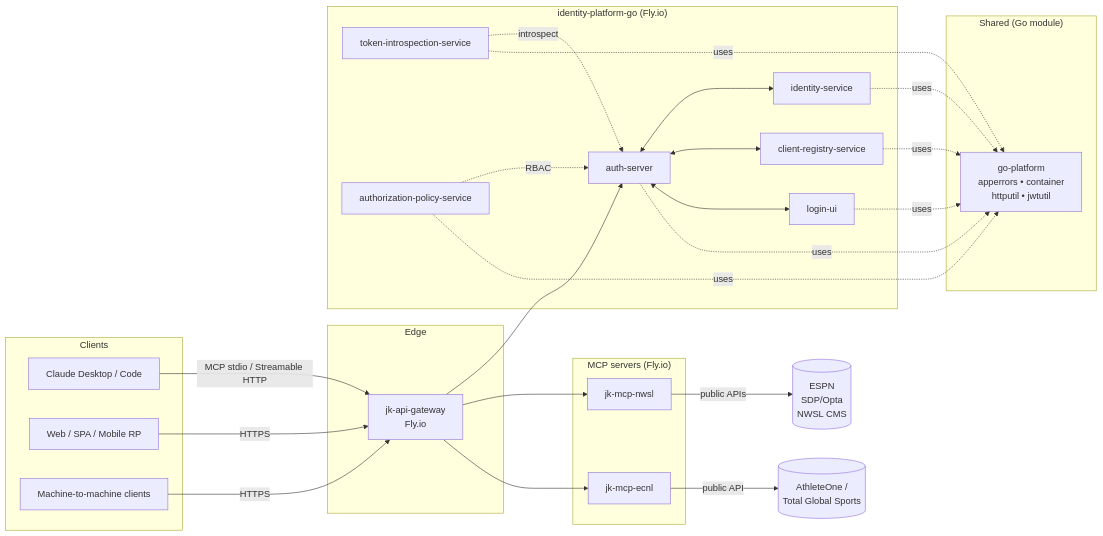
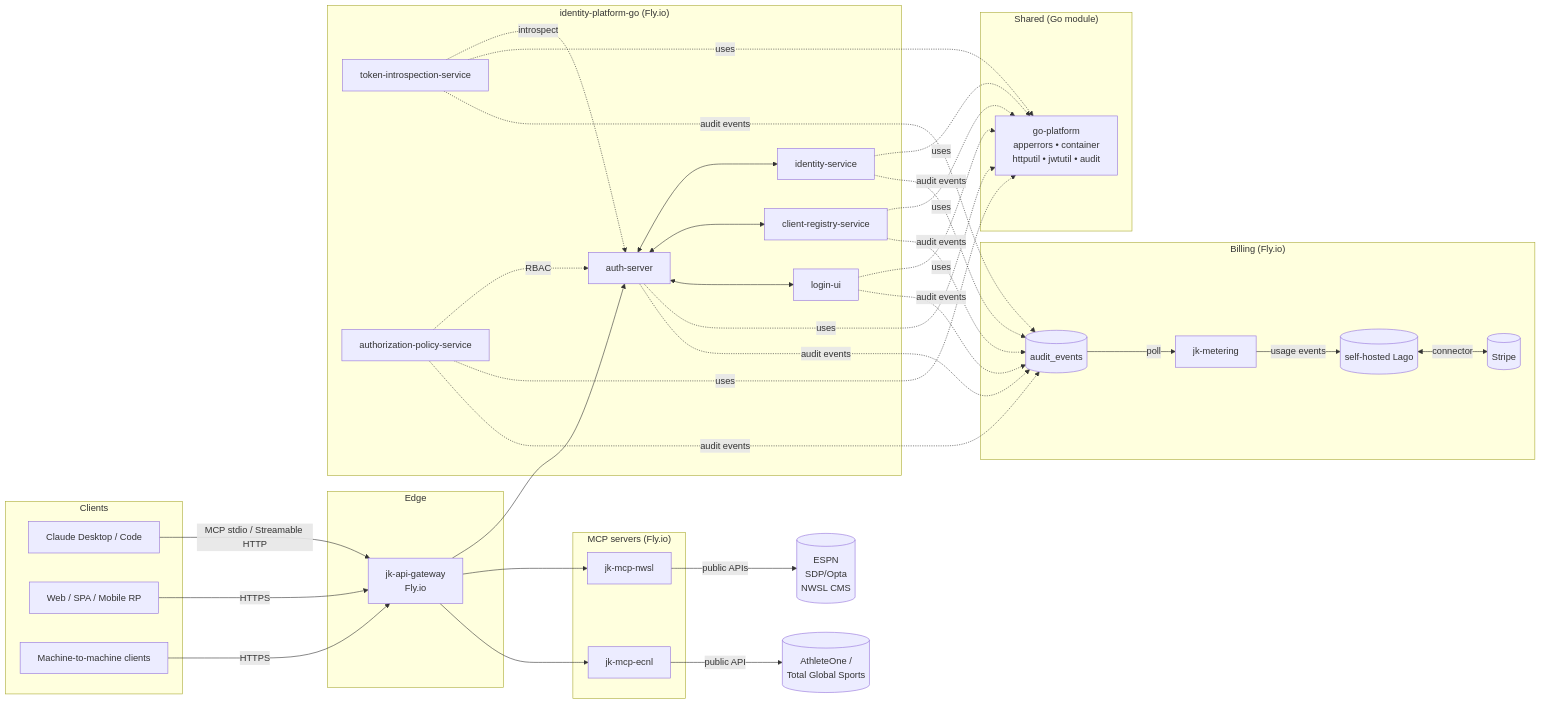
The diagram in README.md (jedi-knights/architecture), drawn with Mermaid before and after one commit. The commit also changed other lines of this file and 3 other files, not shown here.

First line of the commit message:
docs: add jk-metering architecture page

````diff
--- a/README.md
+++ b/README.md
@@ -20,54 +21,71 @@
 ```mermaid
 graph LR
     subgraph Clients
         Claude[Claude Desktop / Code]
         Web[Web / SPA / Mobile RP]
         M2M[Machine-to-machine clients]
     end
 
     subgraph Edge
         Gateway[jk-api-gateway<br/>Fly.io]
     end
 
     subgraph Identity["identity-platform-go (Fly.io)"]
         AS[auth-server]
         IS[identity-service]
         CRS[client-registry-service]
         TIS[token-introspection-service]
         APS[authorization-policy-service]
         LUI[login-ui]
     end
 
     subgraph MCP["MCP servers (Fly.io)"]
         NWSL[jk-mcp-nwsl]
         ECNL[jk-mcp-ecnl]
     end
 
+    subgraph Billing["Billing (Fly.io)"]
+        Audit[(audit_events)]
+        Meter[jk-metering]
+        Lago[(self-hosted Lago)]
+        Stripe[(Stripe)]
+    end
+
     subgraph Shared["Shared (Go module)"]
-        GP[go-platform<br/>apperrors • container<br/>httputil • jwtutil]
+        GP[go-platform<br/>apperrors • container<br/>httputil • jwtutil • audit]
     end
 
     Web -->|HTTPS| Gateway
     M2M -->|HTTPS| Gateway
     Claude -->|MCP stdio / Streamable HTTP| Gateway
 
     Gateway --> AS
     Gateway --> NWSL
     Gateway --> ECNL
 
     AS <--> IS
     AS <--> CRS
     AS <--> LUI
     APS -.RBAC.-> AS
     TIS -.introspect.-> AS
 
     AS -.uses.-> GP
     IS -.uses.-> GP
     CRS -.uses.-> GP
     TIS -.uses.-> GP
     APS -.uses.-> GP
     LUI -.uses.-> GP
 
     NWSL -->|public APIs| ESPN[(ESPN<br/>SDP/Opta<br/>NWSL CMS)]
     ECNL -->|public API| AO[(AthleteOne /<br/>Total Global Sports)]
+
+    AS -.audit events.-> Audit
+    IS -.audit events.-> Audit
+    CRS -.audit events.-> Audit
+    TIS -.audit events.-> Audit
+    APS -.audit events.-> Audit
+    LUI -.audit events.-> Audit
+    Audit -->|poll| Meter
+    Meter -->|usage events| Lago
+    Lago <-->|connector| Stripe
 ```
````
